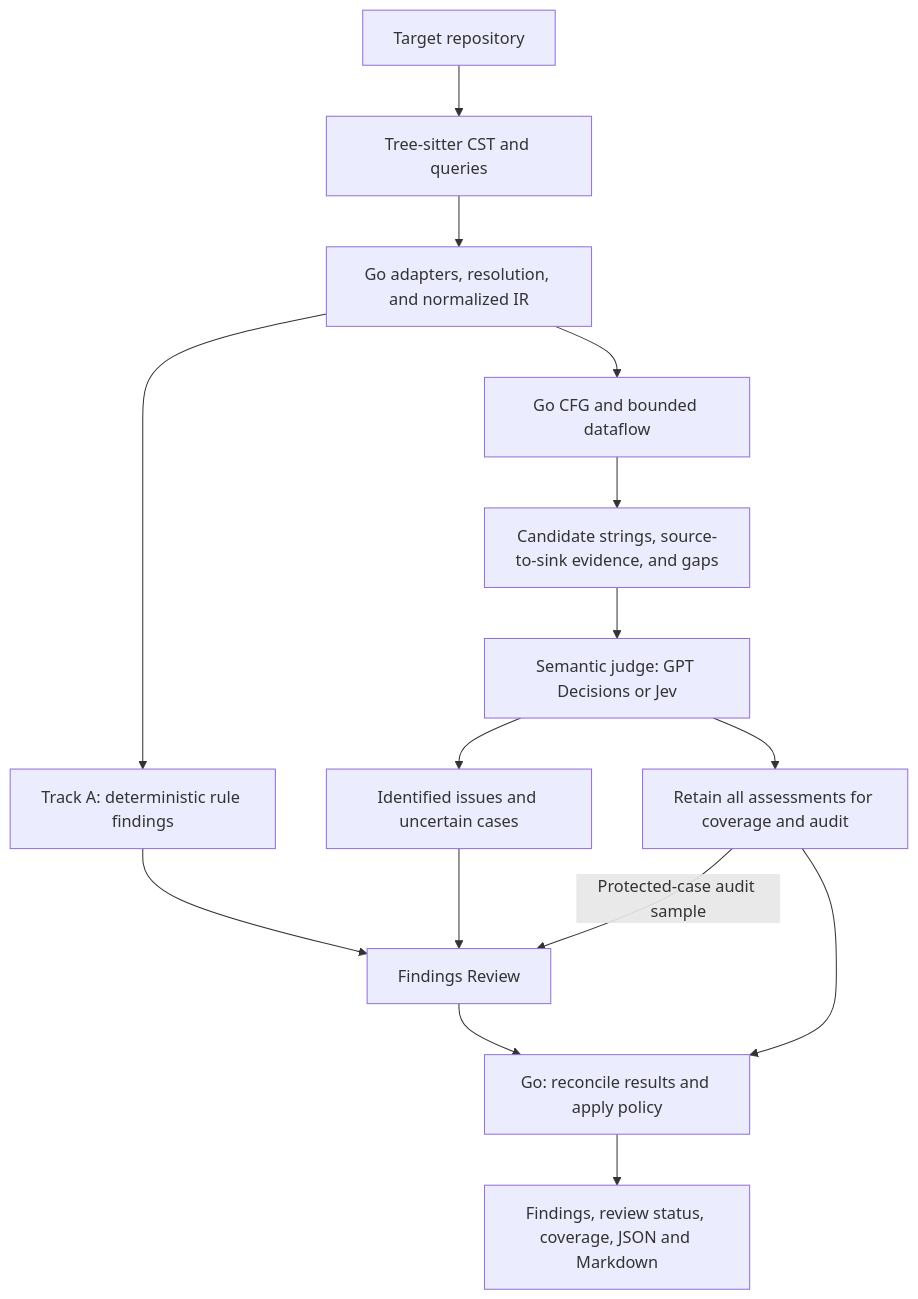
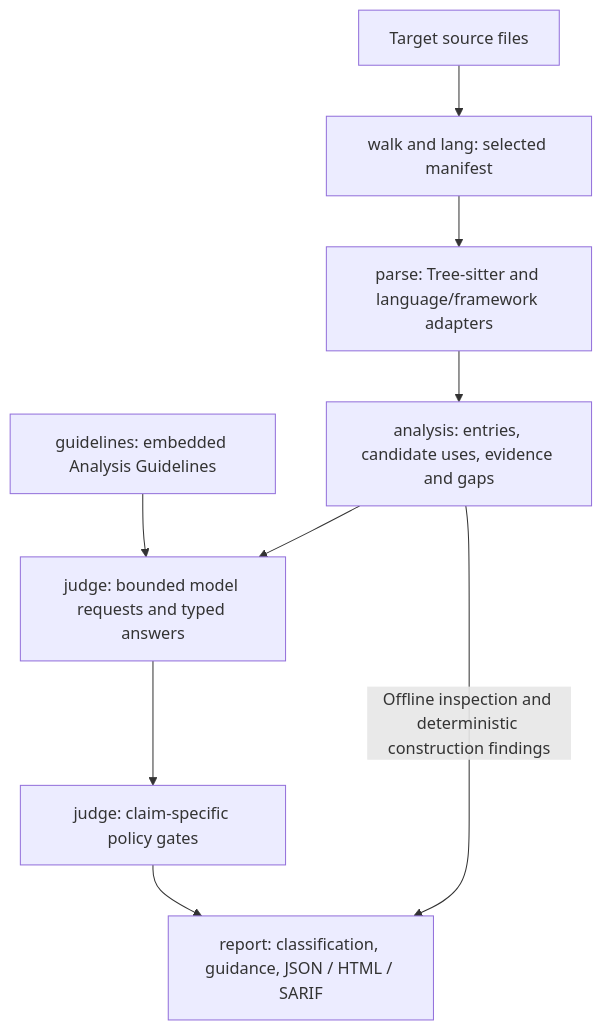
Before and after one commit to zazzcode/scan: the diagram in .zazz/architecture.md, drawn with Mermaid. The commit also changed other lines of this file and 167 other files, not shown here.

````diff
--- a/.zazz/architecture.md
+++ b/.zazz/architecture.md
@@ -83,17 +77,11 @@
 ```mermaid
 flowchart TD
-    Repo["Target repository"] --> Parse["Tree-sitter CST and queries"]
-    Parse --> IR["Go adapters, resolution, and normalized IR"]
-    IR --> Rules["Track A: deterministic rule findings"]
-    IR --> Flow["Go CFG and bounded dataflow"]
-    Flow --> Bundle["Candidate strings, source-to-sink evidence, and gaps"]
-    Bundle --> Decision["Semantic judge: GPT Decisions or Jev"]
-    Decision --> Issues["Identified issues and uncertain cases"]
-    Decision --> Retained["Retain all assessments for coverage and audit"]
-    Retained -->|Protected-case audit sample| Review
-    Rules --> Review["Findings Review"]
-    Issues --> Review
-    Review --> Policy["Go: reconcile results and apply policy"]
-    Retained --> Policy
-    Policy --> Report["Findings, review status, coverage, JSON and Markdown"]
+    Repo["Target source files"] --> Walk["walk and lang: selected manifest"]
+    Walk --> Parse["parse: Tree-sitter and language/framework adapters"]
+    Parse --> Evidence["analysis: entries, candidate uses, evidence and gaps"]
+    Guidelines["guidelines: embedded Analysis Guidelines"] --> Judge
+    Evidence --> Judge["judge: bounded model requests and typed answers"]
+    Judge --> Policy["judge: claim-specific policy gates"]
+    Policy --> Report["report: classification, guidance, JSON / HTML / SARIF"]
+    Evidence -->|"Offline inspection and deterministic construction findings"| Report
 ```
````
